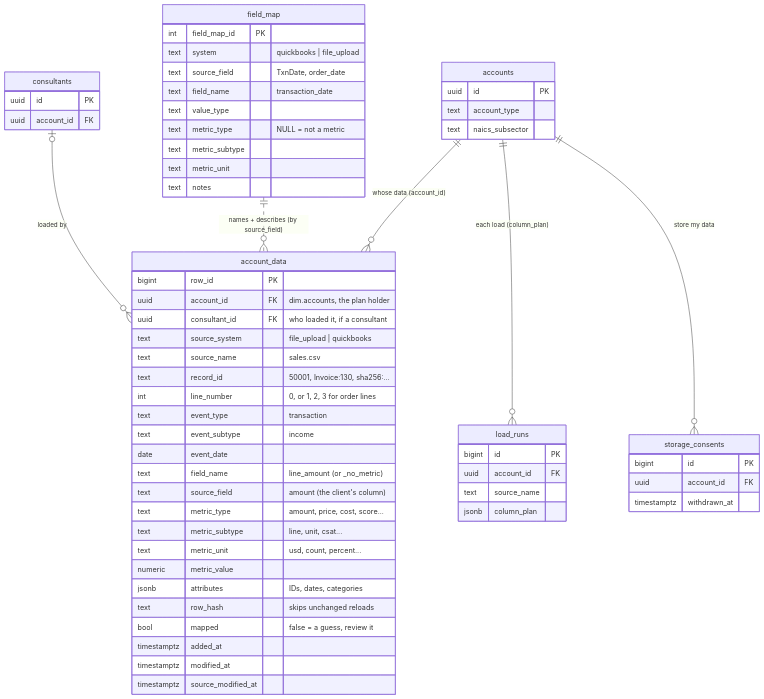
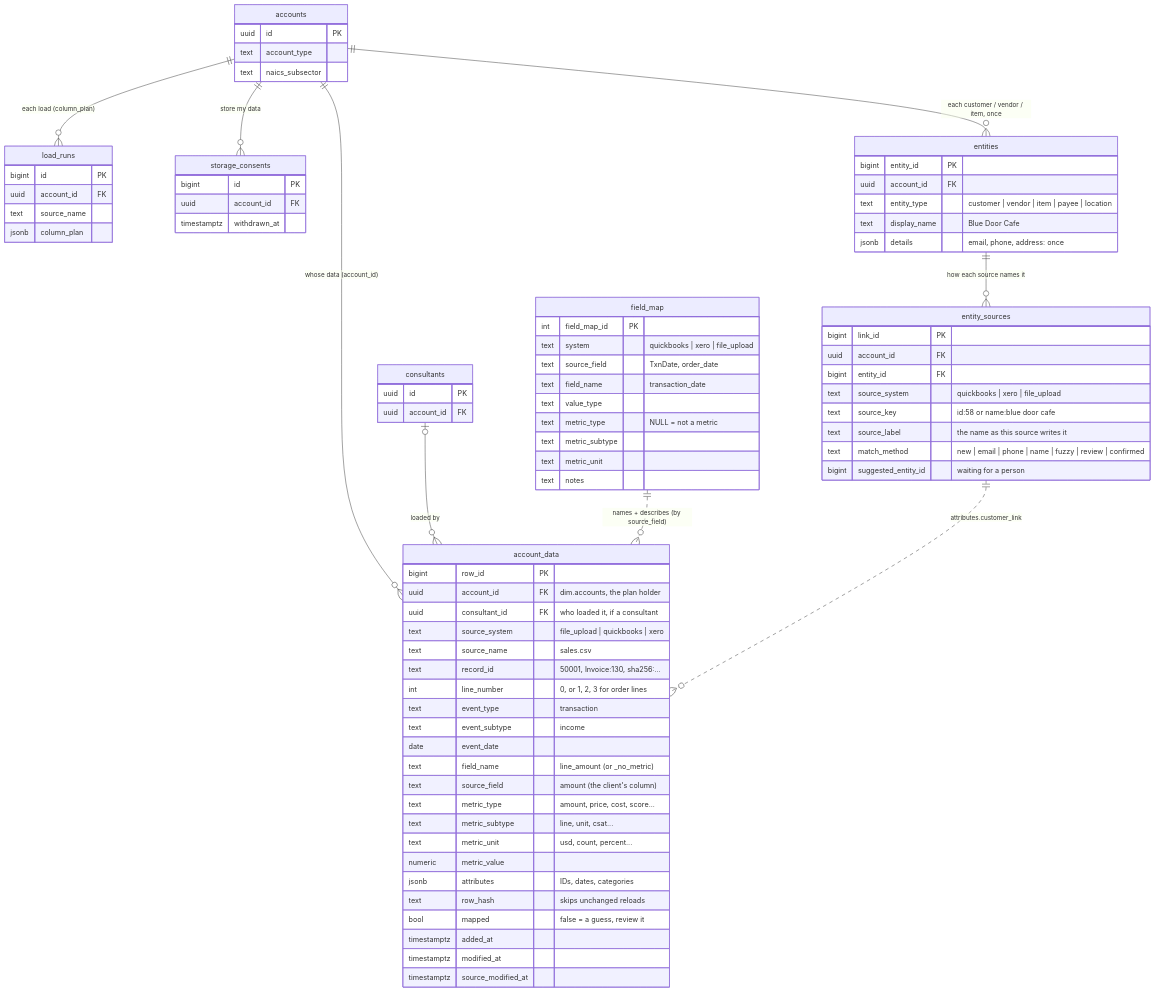
Before and after one commit to b-i-king/Data-Consulting-Platform: the diagram in docs/DATA_MODEL.md, drawn with Mermaid. The commit also changed other lines of this file and 45 other files, not shown here.

````diff
--- a/docs/DATA_MODEL.md
+++ b/docs/DATA_MODEL.md
@@ -64,12 +64,15 @@
     field_map ||..o{ account_data : "names + describes (by source_field)"
     accounts ||--o{ load_runs : "each load (column_plan)"
     accounts ||--o{ storage_consents : "store my data"
+    accounts ||--o{ entities : "each customer / vendor / item, once"
+    entities ||--o{ entity_sources : "how each source names it"
+    entity_sources ||..o{ account_data : "attributes.customer_link"
 
     account_data {
         bigint row_id PK
         uuid account_id FK "dim.accounts, the plan holder"
         uuid consultant_id FK "who loaded it, if a consultant"
-        text source_system "file_upload | quickbooks"
+        text source_system "file_upload | quickbooks | xero"
         text source_name "sales.csv"
         text record_id "50001, Invoice:130, sha256:..."
         int line_number "0, or 1, 2, 3 for order lines"
@@ -91,7 +94,7 @@
     }
     field_map {
         int field_map_id PK
-        text system "quickbooks | file_upload"
+        text system "quickbooks | xero | file_upload"
         text source_field "TxnDate, order_date"
         text field_name "transaction_date"
         text value_type
@@ -120,4 +123,21 @@
         uuid account_id FK
         timestamptz withdrawn_at
     }
+    entities {
+        bigint entity_id PK
+        uuid account_id FK
+        text entity_type "customer | vendor | item | payee | location"
+        text display_name "Blue Door Cafe"
+        jsonb details "email, phone, address: once"
+    }
+    entity_sources {
+        bigint link_id PK
+        uuid account_id FK
+        bigint entity_id FK
+        text source_system "quickbooks | xero | file_upload"
+        text source_key "id:58 or name:blue door cafe"
+        text source_label "the name as this source writes it"
+        text match_method "new | email | phone | name | fuzzy | review | confirmed"
+        bigint suggested_entity_id "waiting for a person"
+    }
 ```
````
